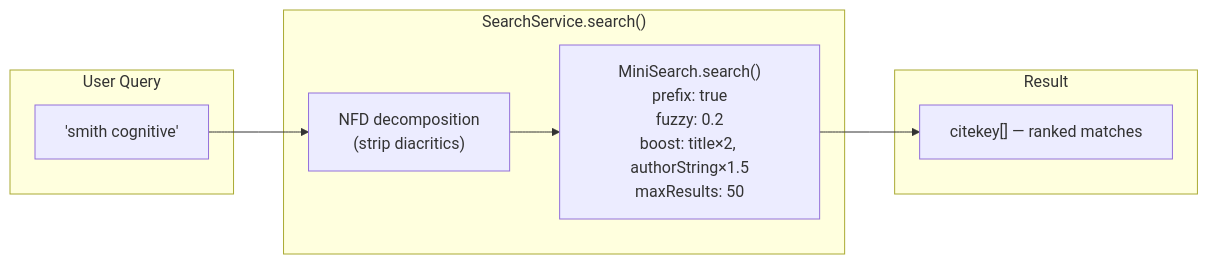
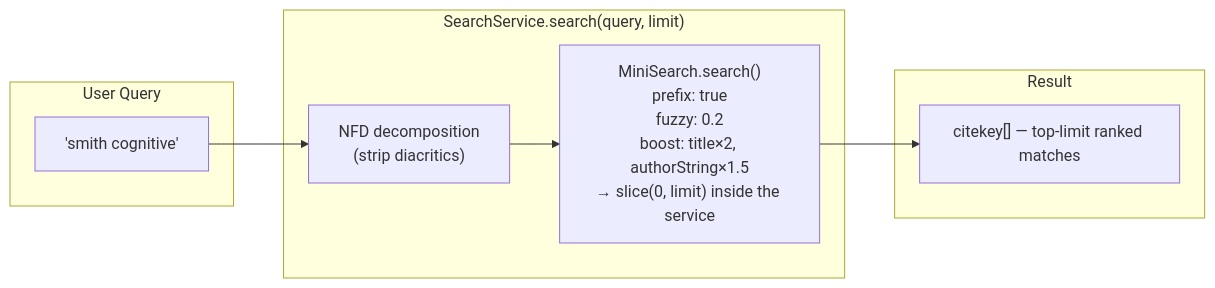
Diagram 11 of 22 in docs/architecture.md (akhmialeuski/obsidian-citation-extended), drawn with Mermaid before and after one commit. The commit also changed other lines of this file and 2 other files, not shown here.

First line of the commit message:
docs(architecture): document incremental loading and worker pool

````diff
--- a/docs/architecture.md
+++ b/docs/architecture.md
@@ -566,17 +605,17 @@
 ```mermaid
 flowchart LR
     subgraph Input["User Query"]
         Q["'smith cognitive'"]
     end
 
-    subgraph Processing["SearchService.search()"]
+    subgraph Processing["SearchService.search(query, limit)"]
         NFD["NFD decomposition\n(strip diacritics)"]
-        MS["MiniSearch.search()\nprefix: true\nfuzzy: 0.2\nboost: title×2, authorString×1.5\nmaxResults: 50"]
+        MS["MiniSearch.search()\nprefix: true\nfuzzy: 0.2\nboost: title×2, authorString×1.5\n→ slice(0, limit) inside the service"]
     end
 
     subgraph Output["Result"]
-        CK["citekey[] — ranked matches"]
+        CK["citekey[] — top-limit ranked matches"]
     end
 
     Q --> NFD --> MS --> CK
 ```
````
